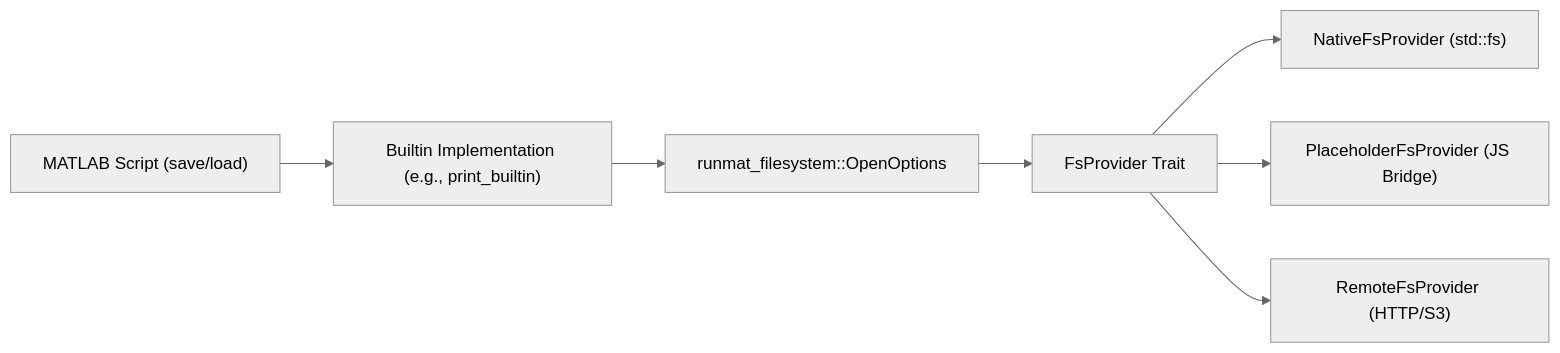
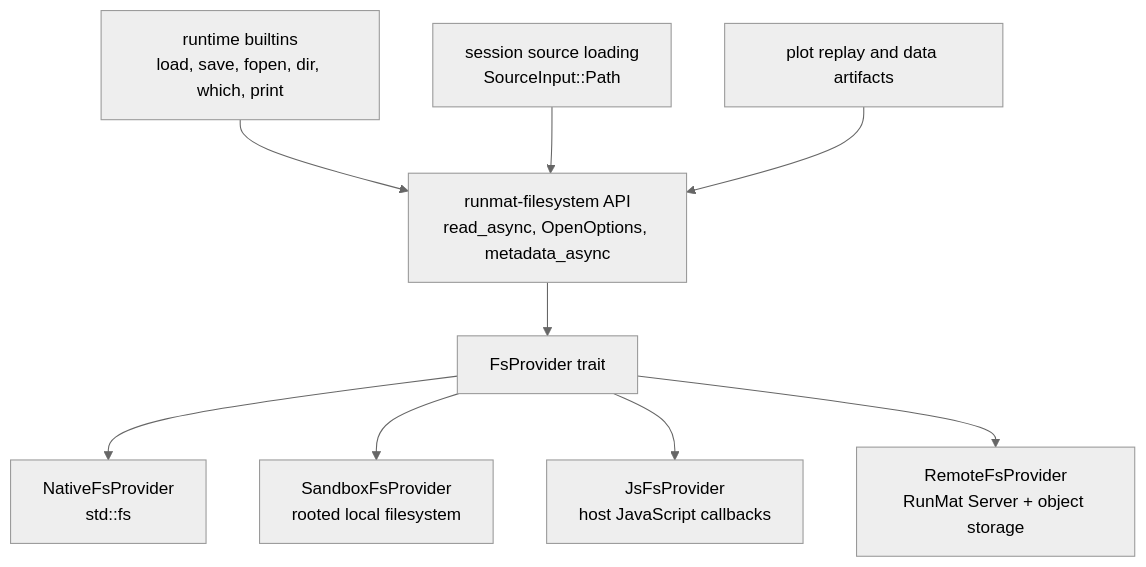
One commit to runmat-org/runmat changed the first of 2 diagrams in docs/runtime/fs/index.md. Above: the diagram before and after it, drawn with Mermaid (neutral theme). The commit also changed other lines of this file and 2 other files, not shown here.

````diff
--- a/docs/runtime/fs/index.md
+++ b/docs/runtime/fs/index.md
@@ -22,18 +20,21 @@
 ```mermaid
-flowchart LR
-  %% Subgraph: Code Entity Space
-  %% Subgraph: Natural Language Space
-  UserScript["MATLAB Script (save/load)"]
-  Builtin["Builtin Implementation (e.g., print_builtin)"]
-  VFS_Layer["runmat_filesystem::OpenOptions"]
-  ProviderTrait["FsProvider Trait"]
-  Native["NativeFsProvider (std::fs)"]
-  Wasm["PlaceholderFsProvider (JS Bridge)"]
-  Remote["RemoteFsProvider (HTTP/S3)"]
-  UserScript --> Builtin
-  Builtin --> VFS_Layer
-  VFS_Layer --> ProviderTrait
-  ProviderTrait --> Native
-  ProviderTrait --> Wasm
-  ProviderTrait --> Remote
+flowchart TD
+  Builtins["runtime builtins<br/>load, save, fopen, dir, which, print"]
+  Core["session source loading<br/>SourceInput::Path"]
+  Replay["plot replay and data artifacts"]
+  API["runmat-filesystem API<br/>read_async, OpenOptions, metadata_async"]
+  Provider["FsProvider trait"]
+  Native["NativeFsProvider<br/>std::fs"]
+  Sandbox["SandboxFsProvider<br/>rooted local filesystem"]
+  Wasm["JsFsProvider<br/>host JavaScript callbacks"]
+  Remote["RemoteFsProvider<br/>RunMat Server + object storage"]
+
+  Builtins --> API
+  Core --> API
+  Replay --> API
+  API --> Provider
+  Provider --> Native
+  Provider --> Sandbox
+  Provider --> Wasm
+  Provider --> Remote
 ```
````
